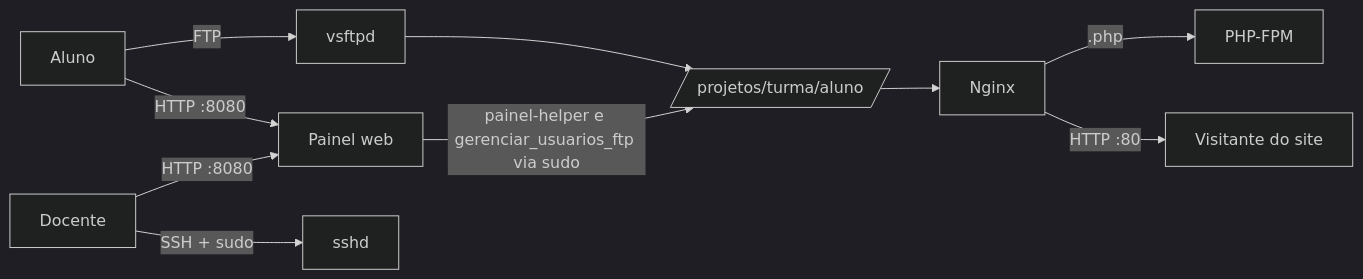
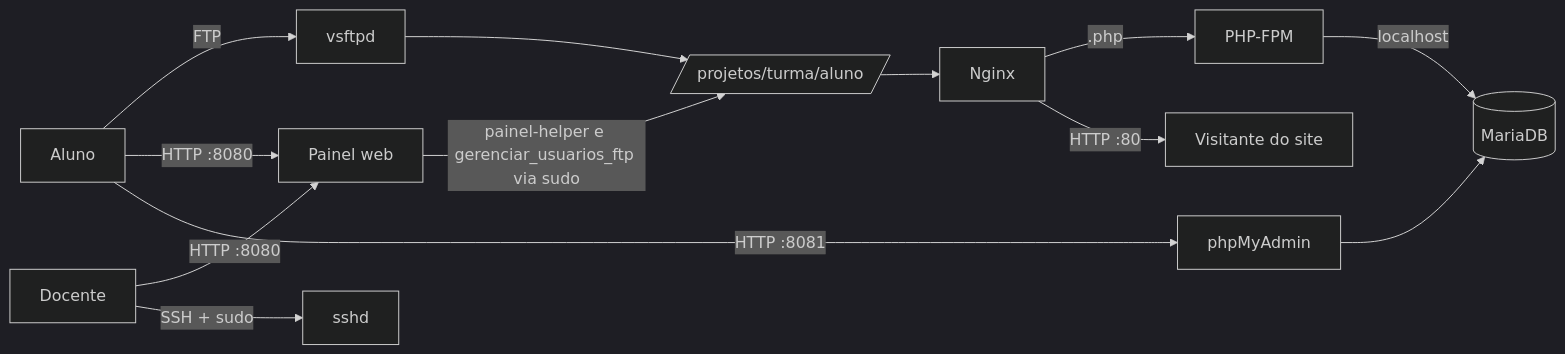
One commit to ferpaesdias/VM_Hospedagem_Sites changed the diagram in README.md. Above: the diagram before and after it, drawn with Mermaid (dark theme). The commit also changed other lines of this file, not shown here.

````diff
--- a/README.md
+++ b/README.md
@@ -26,12 +27,15 @@
 ```mermaid
 flowchart LR
     Aluno[Aluno] -->|FTP| VSFTPD[vsftpd]
     Aluno -->|HTTP :8080| PAINEL[Painel web]
     Docente[Docente] -->|HTTP :8080| PAINEL
     Docente -->|SSH + sudo| SSHD[sshd]
     VSFTPD --> DIR[/projetos/turma/aluno/]
     PAINEL -->|painel-helper e gerenciar_usuarios_ftp via sudo| DIR
     DIR --> NGINX[Nginx]
     NGINX -->|.php| FPM[PHP-FPM]
+    FPM -->|localhost| MARIADB[(MariaDB)]
+    Aluno -->|HTTP :8081| PMA[phpMyAdmin]
+    PMA --> MARIADB
     NGINX -->|HTTP :80| Visitante[Visitante do site]
 ```
````
